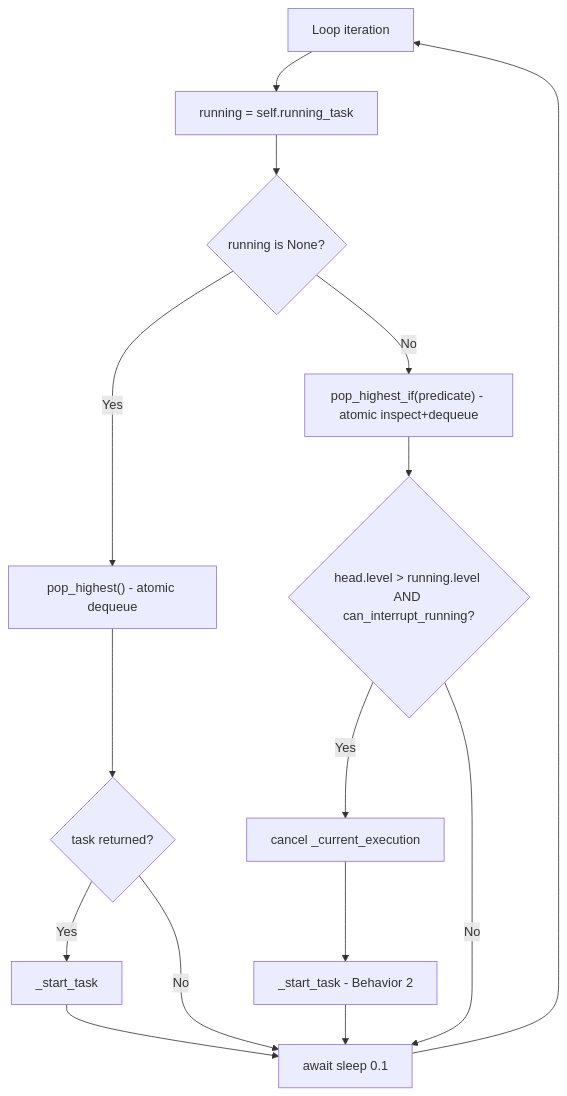
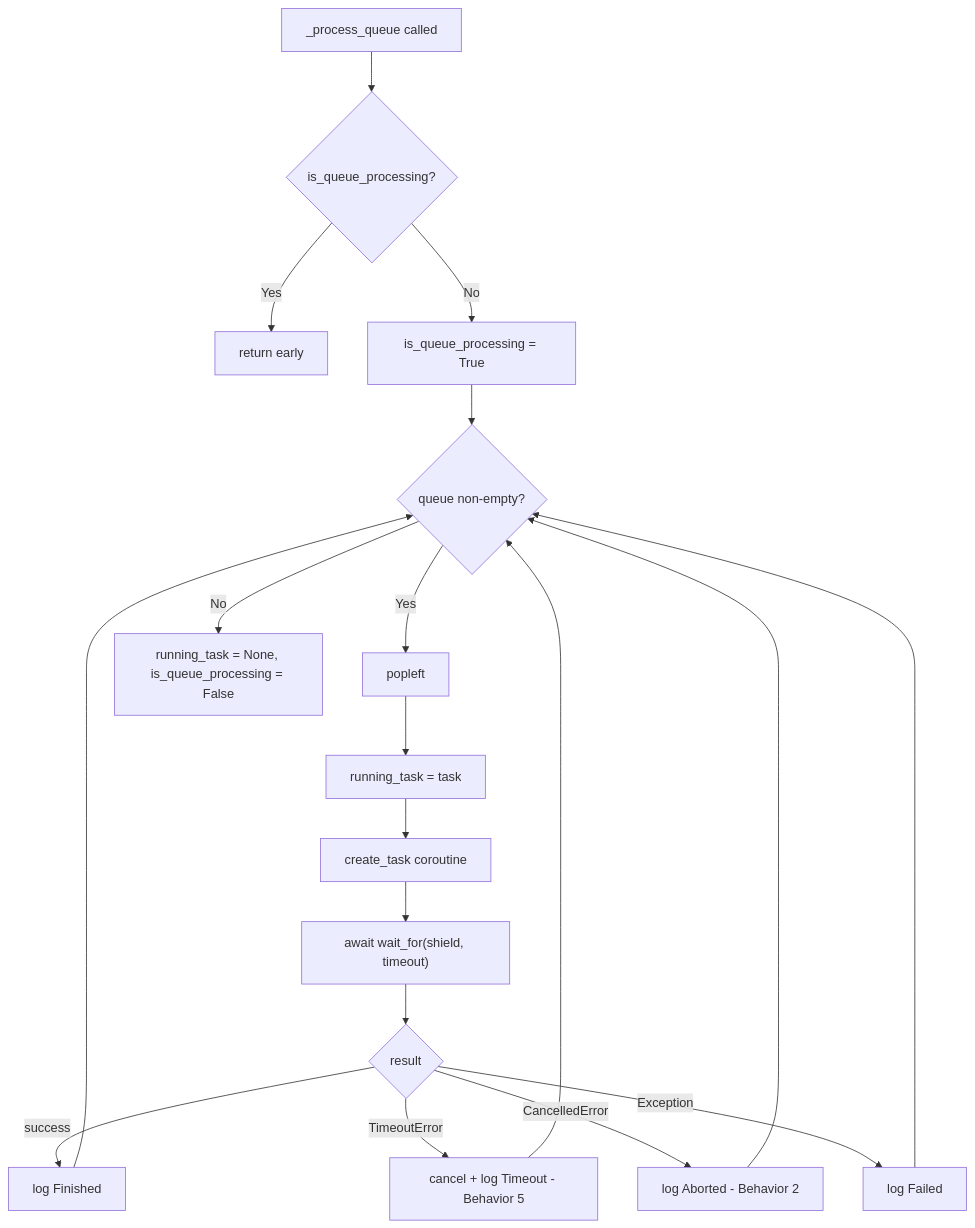
Before and after one commit to scoville/test_filter_queue: the fourth of 8 diagrams in .cursor/plans/system_architecture_workflow_b2d79ca7.plan.md, drawn with Mermaid. The commit also changed other lines of this file and 1 other file, not shown here.

Commit message:
update system architecture

````diff
--- a/.cursor/plans/system_architecture_workflow_b2d79ca7.plan.md
+++ b/.cursor/plans/system_architecture_workflow_b2d79ca7.plan.md
@@ -120,19 +125,21 @@
 ```mermaid
 flowchart TD
-    LoopStart[Loop iteration] --> ReadRunning[running = self.running_task]
-
-    ReadRunning --> IdleCheck{running is None?}
-    IdleCheck -->|Yes| PopIdle["pop_highest() - atomic dequeue"]
-    PopIdle --> HasTask1{task returned?}
-    HasTask1 -->|Yes| Start1[_start_task]
-    HasTask1 -->|No| Sleep
-
-    IdleCheck -->|No| PopPreempt["pop_highest_if(predicate) - atomic inspect+dequeue"]
-    PopPreempt --> PreemptCheck{head.level > running.level AND can_interrupt_running?}
-    PreemptCheck -->|Yes| Cancel[cancel _current_execution]
-    Cancel --> Start2[_start_task - Behavior 2]
-    PreemptCheck -->|No| Sleep[await sleep 0.1]
-    Start1 --> Sleep
-    Start2 --> Sleep
-    Sleep --> LoopStart
+    Start[_process_queue called] --> Guard{is_queue_processing?}
+    Guard -->|Yes| Return[return early]
+    Guard -->|No| SetFlag[is_queue_processing = True]
+    SetFlag --> Loop{queue non-empty?}
+    Loop -->|Yes| Pop[popleft]
+    Pop --> Run[running_task = task]
+    Run --> Create[create_task coroutine]
+    Create --> Wait["await wait_for(shield, timeout)"]
+    Wait --> Outcome{result}
+    Outcome -->|success| LogDone[log Finished]
+    Outcome -->|TimeoutError| LogTimeout[cancel + log Timeout - Behavior 5]
+    Outcome -->|CancelledError| LogAbort[log Aborted - Behavior 2]
+    Outcome -->|Exception| LogError[log Failed]
+    LogDone --> Loop
+    LogTimeout --> Loop
+    LogAbort --> Loop
+    LogError --> Loop
+    Loop -->|No| Reset["running_task = None, is_queue_processing = False"]
 ```
````
